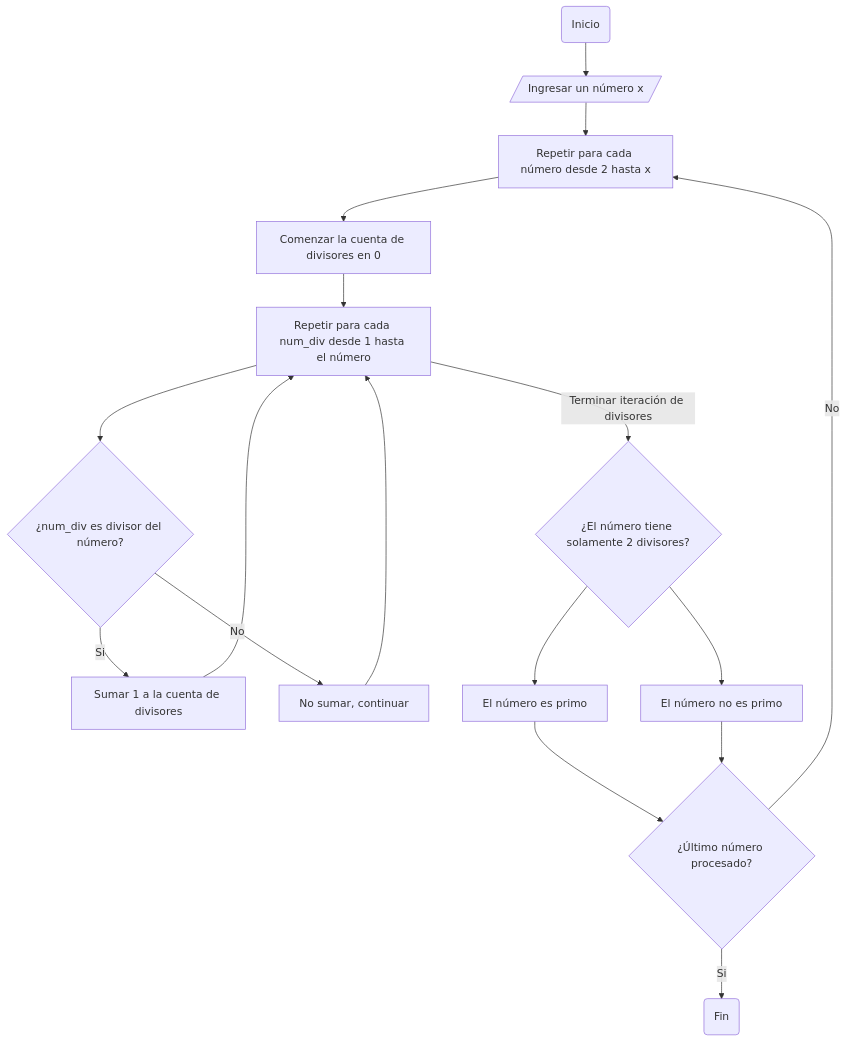
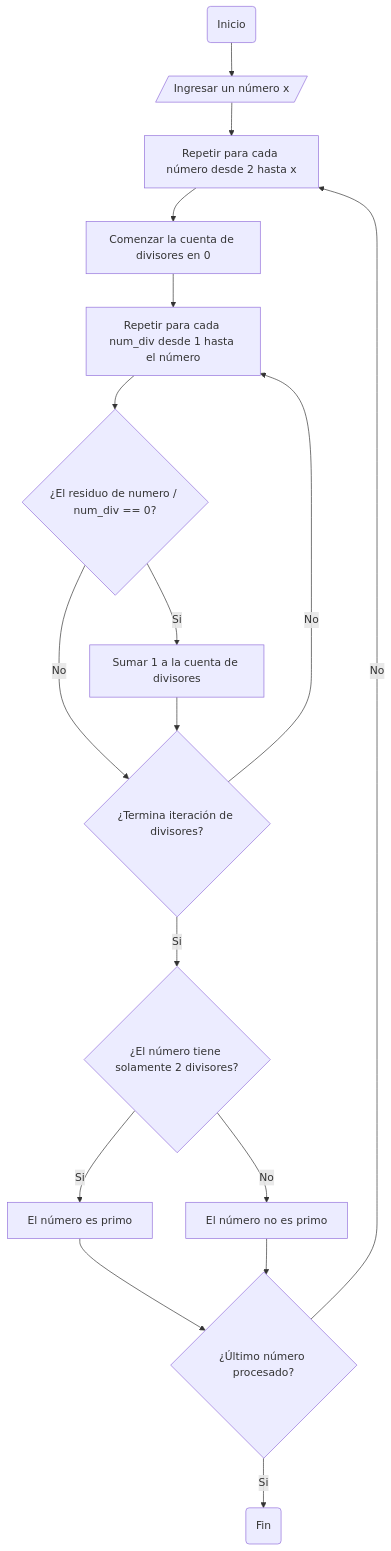
The diagram in README.md (11ZaidaG11/Reto-No.3), drawn with Mermaid before and after one commit. The commit also changed other lines of this file, not shown here.

Commit message:
README.md

````diff
--- a/README.md
+++ b/README.md
@@ -17,18 +17,19 @@
 ```mermaid
 flowchart TD
     A(Inicio) --> B[/Ingresar un número x/]
     B --> C[Repetir para cada número desde 2 hasta x]
     C --> D[Comenzar la cuenta de divisores en 0]
     D --> E[Repetir para cada num_div desde 1 hasta el número]
-    E --> F{¿num_div es divisor del número?} --> |Si| G[Sumar 1 a la cuenta de divisores]:::decision1
-    F --> |No| H[No sumar, continuar]:::decision2
-    G --> E
-    H --> E
-    E --> |Terminar iteración de divisores| I{¿El número tiene solamente 2 divisores?}
-    I --> J[El número es primo]
-    I --> K[El número no es primo]
-    J --> L[Continuar con el siguiente número]
-    K --> L{¿Último número procesado?}
-    L --> |Si| N(Fin)
-    L --> |No| C
+    E --> F{¿El residuo de numero / num_div == 0?}
+    F --> |Si| G[Sumar 1 a la cuenta de divisores]
+    F --> |No| I
+    G --> I
+    I{¿Termina iteración de divisores?} --> |Si| J{¿El número tiene solamente 2 divisores?}
+    I --> |No| E
+    J --> |Si| K[El número es primo]
+    K --> N
+    J --> |No|L[El número no es primo]
+    L --> N{¿Último número procesado?}
+    N --> |No| C
+    N --> |Si| O(Fin)
 ```
````
